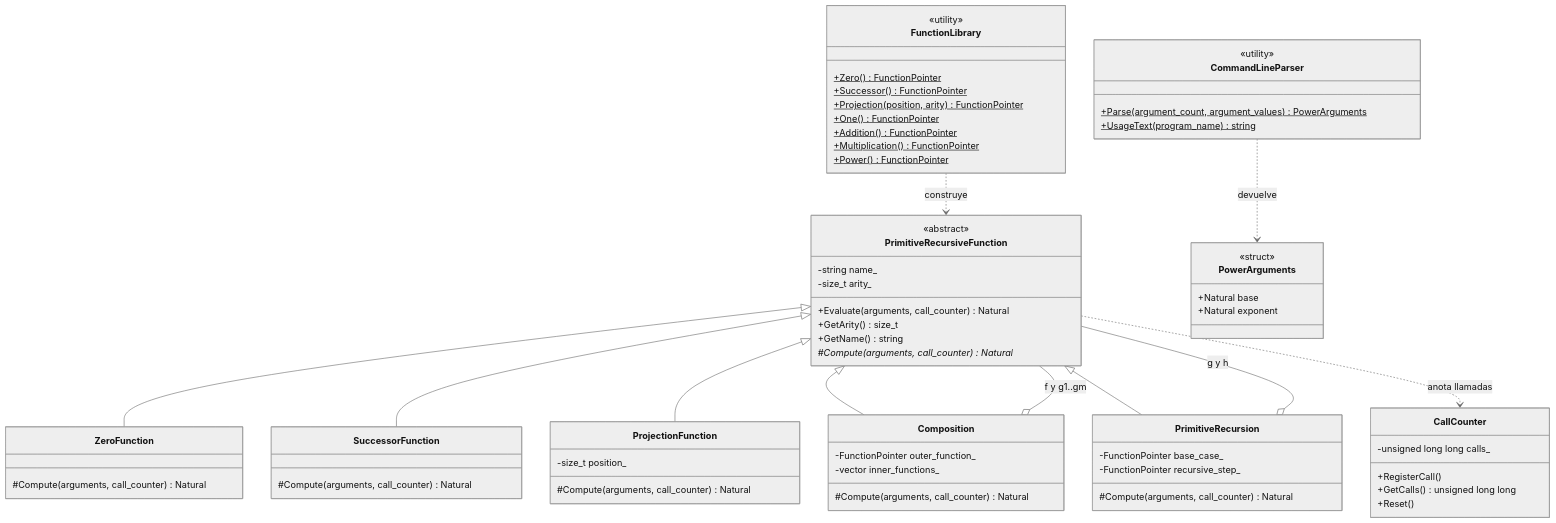
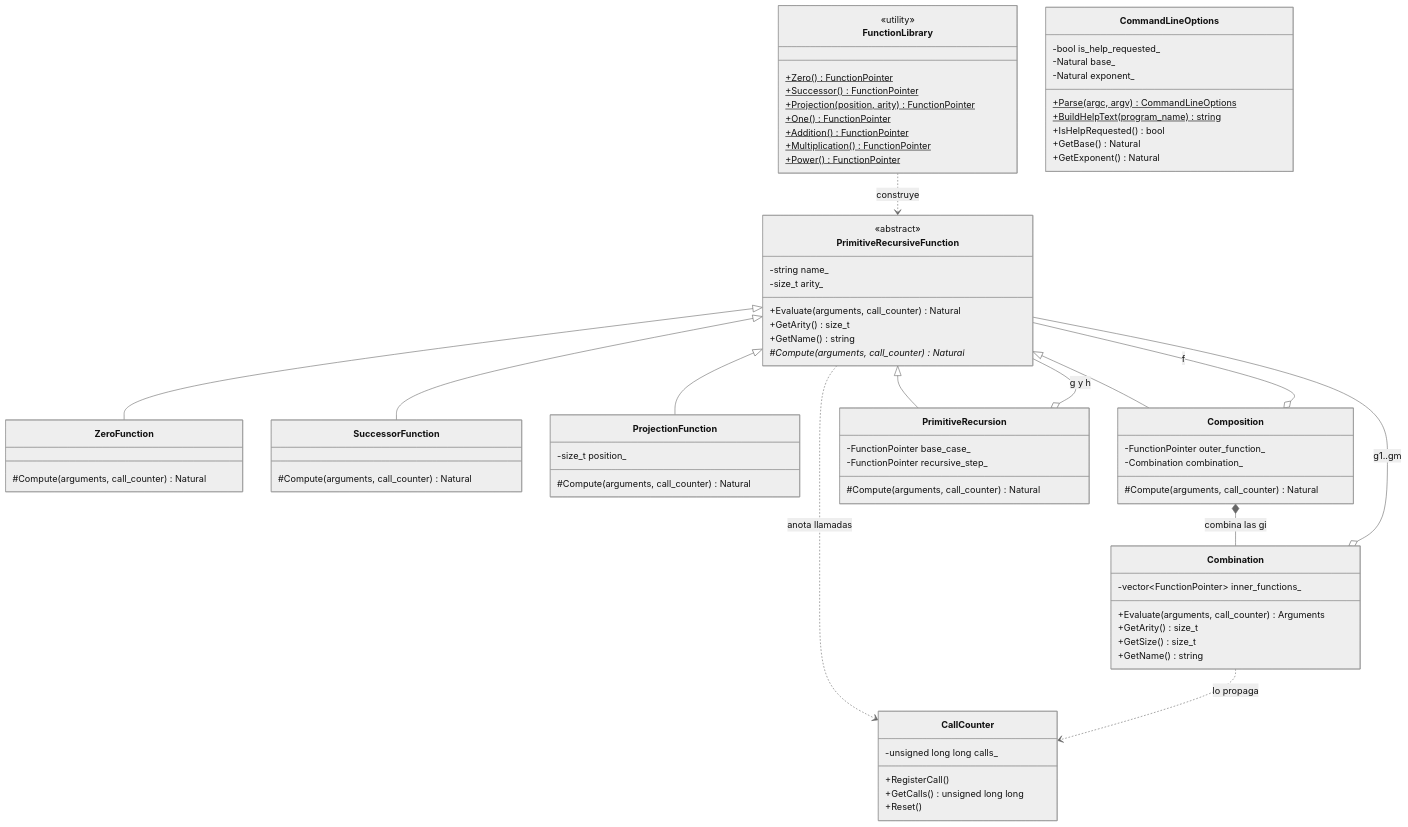
The first of 2 diagrams in practica_3/FuncionesPrimitivas.md (AlvaroPerezRamos/Complejidad-Computacional), drawn with Mermaid (neutral theme) before and after one commit. The commit also changed other lines of this file, not shown here.

First line of the commit message:
docs(p3): README con diseño, UML, recuento de llamadas y pruebas

````diff
--- a/practica_3/FuncionesPrimitivas.md
+++ b/practica_3/FuncionesPrimitivas.md
@@ -90,73 +134,82 @@
 ```mermaid
 classDiagram
     direction TB
 
     class PrimitiveRecursiveFunction {
         <<abstract>>
         -string name_
         -size_t arity_
         +Evaluate(arguments, call_counter) Natural
         +GetArity() size_t
         +GetName() string
         #Compute(arguments, call_counter)* Natural
     }
     class ZeroFunction {
         #Compute(arguments, call_counter) Natural
     }
     class SuccessorFunction {
         #Compute(arguments, call_counter) Natural
     }
     class ProjectionFunction {
         -size_t position_
         #Compute(arguments, call_counter) Natural
     }
     class Composition {
         -FunctionPointer outer_function_
-        -vector inner_functions_
+        -Combination combination_
         #Compute(arguments, call_counter) Natural
     }
     class PrimitiveRecursion {
         -FunctionPointer base_case_
         -FunctionPointer recursive_step_
         #Compute(arguments, call_counter) Natural
+    }
+    class Combination {
+        -vector~FunctionPointer~ inner_functions_
+        +Evaluate(arguments, call_counter) Arguments
+        +GetArity() size_t
+        +GetSize() size_t
+        +GetName() string
     }
     class FunctionLibrary {
         <<utility>>
         +Zero()$ FunctionPointer
         +Successor()$ FunctionPointer
         +Projection(position, arity)$ FunctionPointer
         +One()$ FunctionPointer
         +Addition()$ FunctionPointer
         +Multiplication()$ FunctionPointer
         +Power()$ FunctionPointer
     }
     class CallCounter {
         -unsigned long long calls_
         +RegisterCall()
         +GetCalls() unsigned long long
         +Reset()
     }
-    class CommandLineParser {
-        <<utility>>
-        +Parse(argument_count, argument_values)$ PowerArguments
-        +UsageText(program_name)$ string
-    }
-    class PowerArguments {
-        <<struct>>
-        +Natural base
-        +Natural exponent
+    class CommandLineOptions {
+        -bool is_help_requested_
+        -Natural base_
+        -Natural exponent_
+        +Parse(argc, argv)$ CommandLineOptions
+        +BuildHelpText(program_name)$ string
+        +IsHelpRequested() bool
+        +GetBase() Natural
+        +GetExponent() Natural
     }
 
     PrimitiveRecursiveFunction <|-- ZeroFunction
     PrimitiveRecursiveFunction <|-- SuccessorFunction
     PrimitiveRecursiveFunction <|-- ProjectionFunction
     PrimitiveRecursiveFunction <|-- Composition
     PrimitiveRecursiveFunction <|-- PrimitiveRecursion
 
-    Composition o-- PrimitiveRecursiveFunction : f y g1..gm
+    Composition *-- Combination : combina las gi
+    Composition o-- PrimitiveRecursiveFunction : f
+    Combination o-- PrimitiveRecursiveFunction : g1..gm
     PrimitiveRecursion o-- PrimitiveRecursiveFunction : g y h
 
     PrimitiveRecursiveFunction ..> CallCounter : anota llamadas
+    Combination ..> CallCounter : lo propaga
     FunctionLibrary ..> PrimitiveRecursiveFunction : construye
-    CommandLineParser ..> PowerArguments : devuelve
 ```
````
